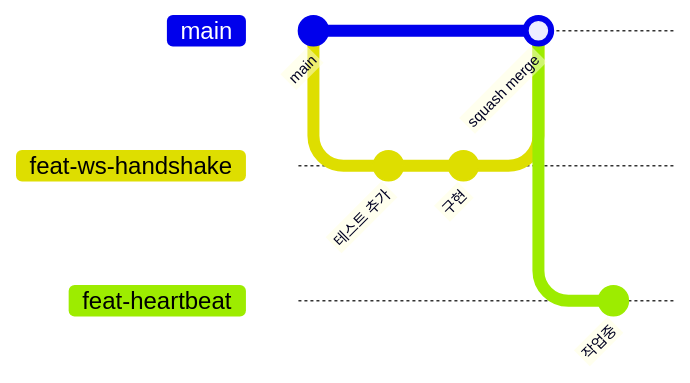
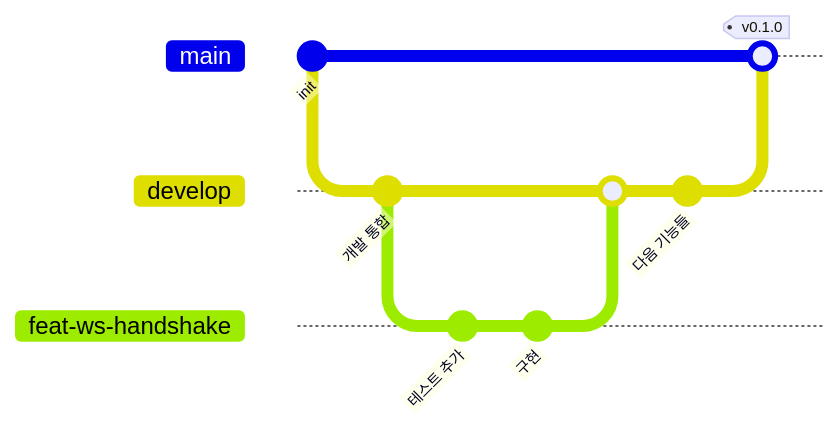
Before and after one commit to Leehyunji0715/burrow: the second of 2 diagrams in docs/WORKFLOW.md, drawn with Mermaid. The commit also changed other lines of this file and 3 other files, not shown here.

First line of the commit message:
docs(workflow): 브랜치 전략을 develop 통합 + main 릴리즈로 명시

````diff
--- a/docs/WORKFLOW.md
+++ b/docs/WORKFLOW.md
@@ -110,11 +110,14 @@
 ```mermaid
 gitGraph
-    commit id: "main"
+    commit id: "init"
+    branch develop
+    commit id: "개발 통합"
     branch feat-ws-handshake
     commit id: "테스트 추가"
     commit id: "구현"
+    checkout develop
+    merge feat-ws-handshake
+    commit id: "다음 기능들"
     checkout main
-    merge feat-ws-handshake id: "squash merge"
-    branch feat-heartbeat
-    commit id: "작업중"
+    merge develop tag: "v0.1.0"
 ```
````
